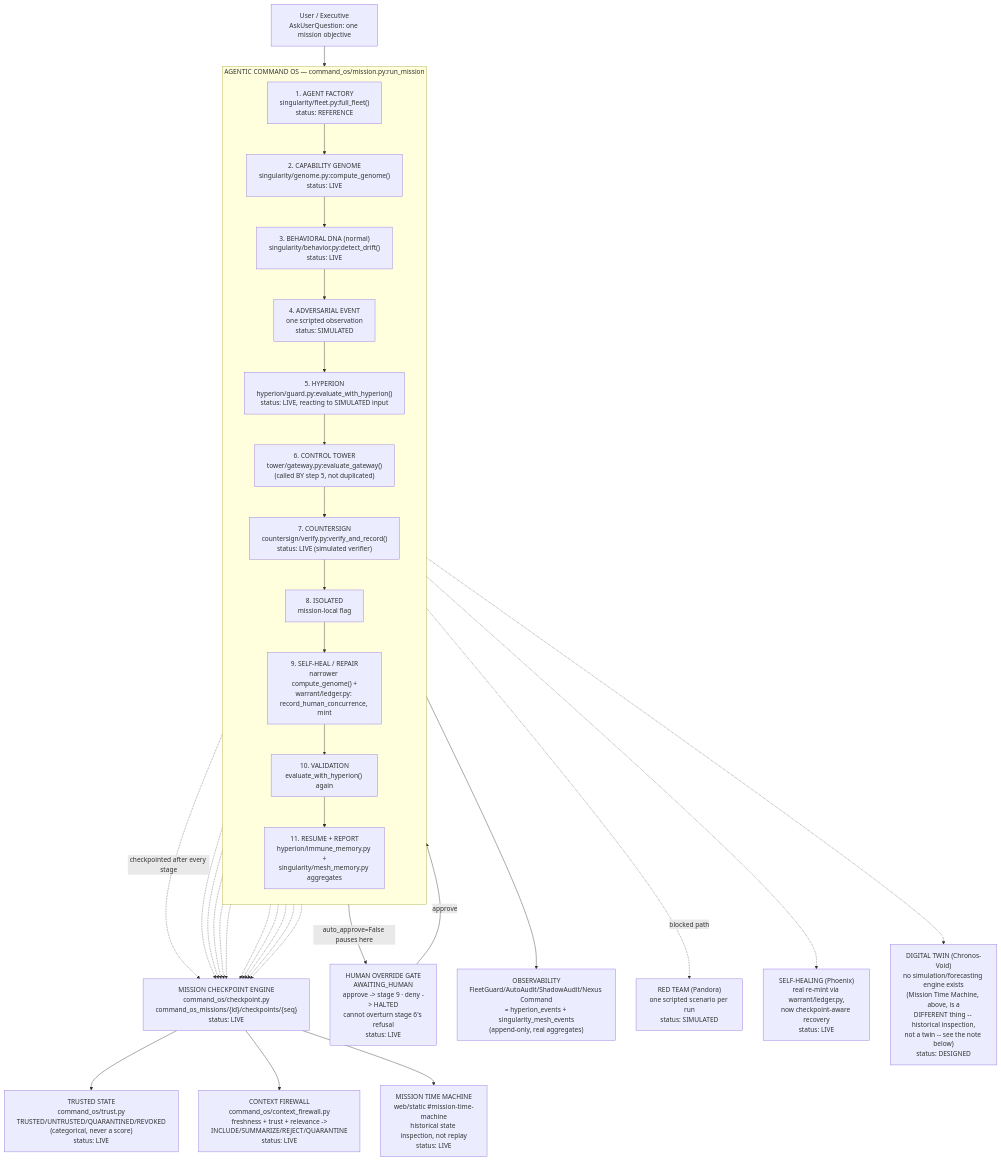
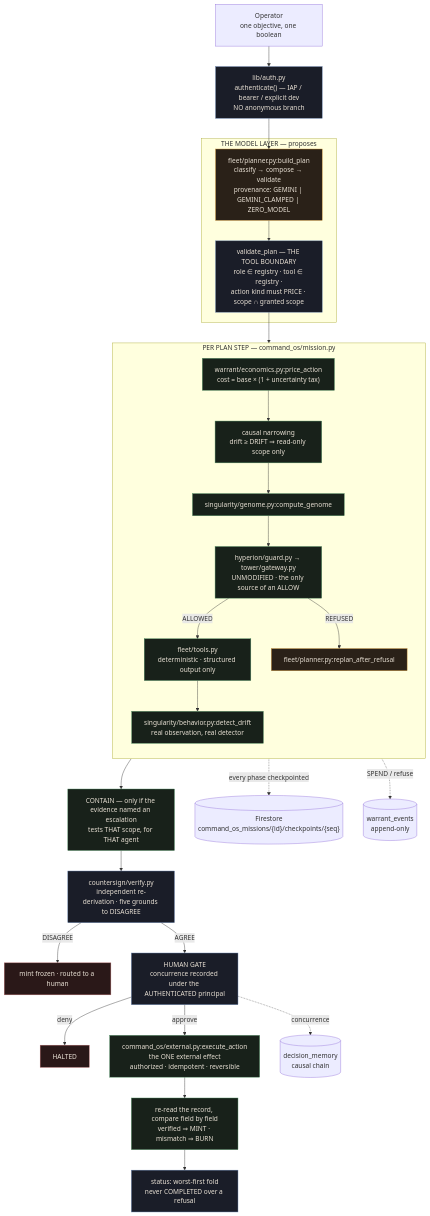
The diagram in docs/architecture.md (akashbichukale111/unwind), drawn with Mermaid before and after one commit. The commit also changed other lines of this file, not shown here.

First line of the commit message:
docs(architecture): diagram and component table match the rewritten system

````diff
--- a/docs/architecture.md
+++ b/docs/architecture.md
@@ -15,46 +15,45 @@
 ```mermaid
 flowchart TD
-    U["User / Executive\nAskUserQuestion: one mission objective"] --> COS
+    U["Operator\none objective, one boolean"] --> AUTH
 
-    subgraph COS["AGENTIC COMMAND OS — command_os/mission.py:run_mission"]
-        direction TB
-        S1["1. AGENT FACTORY\nsingularity/fleet.py:full_fleet()\nstatus: REFERENCE"]
-        S2["2. CAPABILITY GENOME\nsingularity/genome.py:compute_genome()\nstatus: LIVE"]
-        S3["3. BEHAVIORAL DNA (normal)\nsingularity/behavior.py:detect_drift()\nstatus: LIVE"]
-        S4["4. ADVERSARIAL EVENT\none scripted observation\nstatus: SIMULATED"]
-        S5["5. HYPERION\nhyperion/guard.py:evaluate_with_hyperion()\nstatus: LIVE, reacting to SIMULATED input"]
-        S6["6. CONTROL TOWER\ntower/gateway.py:evaluate_gateway()\n(called BY step 5, not duplicated)"]
-        S7["7. COUNTERSIGN\ncountersign/verify.py:verify_and_record()\nstatus: LIVE (simulated verifier)"]
-        S8["8. ISOLATED\nmission-local flag"]
-        S9["9. SELF-HEAL / REPAIR\nnarrower compute_genome() +\nwarrant/ledger.py: record_human_concurrence, mint"]
-        S10["10. VALIDATION\nevaluate_with_hyperion() again"]
-        S11["11. RESUME + REPORT\nhyperion/immune_memory.py +\nsingularity/mesh_memory.py aggregates"]
-        S1-->S2-->S3-->S4-->S5-->S6-->S7-->S8-->S9-->S10-->S11
+    AUTH["lib/auth.py\nauthenticate() — IAP / bearer / explicit dev\nNO anonymous branch"]:::gov --> PLAN
+
+    subgraph MODEL["THE MODEL LAYER — proposes"]
+        PLAN["fleet/planner.py:build_plan\nclassify → compose → validate\nprovenance: GEMINI | GEMINI_CLAMPED | ZERO_MODEL"]:::model
+        VAL["validate_plan — THE TOOL BOUNDARY\nrole ∈ registry · tool ∈ registry ·\naction kind must PRICE · scope ∩ granted scope"]:::gov
+        PLAN --> VAL
     end
 
-    S1 -.checkpointed after every stage.-> CKPT
-    S2 -.-> CKPT
-    S3 -.-> CKPT
-    S4 -.-> CKPT
-    S5 -.-> CKPT
-    S6 -.-> CKPT
-    S7 -.-> CKPT
-    S8 -.-> CKPT
-    S9 -.-> CKPT
-    S10 -.-> CKPT
-    S11 -.-> CKPT
-    CKPT["MISSION CHECKPOINT ENGINE\ncommand_os/checkpoint.py\ncommand_os_missions/{id}/checkpoints/{seq}\nstatus: LIVE"]
+    VAL --> LOOP
 
-    S8 -->|auto_approve=False pauses here| GATE["HUMAN OVERRIDE GATE\nAWAITING_HUMAN\napprove -> stage 9 · deny -> HALTED\ncannot overturn stage 6's refusal\nstatus: LIVE"]
-    GATE -->|approve| S9
+    subgraph LOOP["PER PLAN STEP — command_os/mission.py"]
+        direction TB
+        PRICE["warrant/economics.py:price_action\ncost = base × (1 + uncertainty tax)"]:::det
+        NARROW["causal narrowing\ndrift ≥ DRIFT ⇒ read-only scope only"]:::det
+        GENOME["singularity/genome.py:compute_genome"]:::det
+        GATE["hyperion/guard.py → tower/gateway.py\nUNMODIFIED · the only source of an ALLOW"]:::det
+        TOOL["fleet/tools.py\ndeterministic · structured output only"]:::det
+        OBSERVE["singularity/behavior.py:detect_drift\nreal observation, real detector"]:::det
+        PRICE --> NARROW --> GENOME --> GATE
+        GATE -->|ALLOWED| TOOL --> OBSERVE
+        GATE -->|REFUSED| REPLAN["fleet/planner.py:replan_after_refusal"]:::model
+    end
 
-    CKPT --> TRUST["TRUSTED STATE\ncommand_os/trust.py\nTRUSTED/UNTRUSTED/QUARANTINED/REVOKED\n(categorical, never a score)\nstatus: LIVE"]
-    CKPT --> FW["CONTEXT FIREWALL\ncommand_os/context_firewall.py\nfreshness + trust + relevance ->\nINCLUDE/SUMMARIZE/REJECT/QUARANTINE\nstatus: LIVE"]
-    CKPT --> TM["MISSION TIME MACHINE\nweb/static #mission-time-machine\nhistorical state inspection, not replay\nstatus: LIVE"]
+    LOOP --> CONTAIN["CONTAIN — only if the evidence named an escalation\ntests THAT scope, for THAT agent"]:::det
+    CONTAIN --> CHAL["countersign/verify.py\nindependent re-derivation · five grounds to DISAGREE"]:::gov
+    CHAL -->|DISAGREE| FROZEN["mint frozen · routed to a human"]:::stop
+    CHAL -->|AGREE| HUMAN["HUMAN GATE\nconcurrence recorded under the AUTHENTICATED principal"]:::gov
+    HUMAN -->|deny| STOP["HALTED"]:::stop
+    HUMAN -->|approve| EXEC["command_os/external.py:execute_action\nthe ONE external effect\nauthorized · idempotent · reversible"]:::det
+    EXEC --> VERIFY["re-read the record, compare field by field\nverified ⇒ MINT · mismatch ⇒ BURN"]:::det
+    VERIFY --> REPORT["status: worst-first fold\nnever COMPLETED over a refusal"]:::gov
 
-    COS --> OBS["OBSERVABILITY\nFleetGuard/AutoAudit/ShadowAudit/Nexus Command\n= hyperion_events + singularity_mesh_events\n(append-only, real aggregates)"]
+    LOOP -.every phase checkpointed.-> CKPT[("Firestore\ncommand_os_missions/{id}/checkpoints/{seq}")]
+    GATE -.SPEND / refuse.-> LEDGER[("warrant_events\nappend-only")]
+    HUMAN -.concurrence.-> MEM[("decision_memory\ncausal chain")]
 
-    S6 -.blocked path.-> RT["RED TEAM (Pandora)\none scripted scenario per run\nstatus: SIMULATED"]
-    S9 -.-> SH["SELF-HEALING (Phoenix)\nreal re-mint via warrant/ledger.py,\nnow checkpoint-aware recovery\nstatus: LIVE"]
-    S1 -.-> DT["DIGITAL TWIN (Chronos-Void)\nno simulation/forecasting engine exists\n(Mission Time Machine, above, is a\nDIFFERENT thing -- historical inspection,\nnot a twin -- see the note below)\nstatus: DESIGNED"]
+    classDef model fill:#2a2118,stroke:#c88a2e,color:#e8e0d4
+    classDef det fill:#18211a,stroke:#4a8a5e,color:#e8e0d4
+    classDef gov fill:#1a1d28,stroke:#5e7aa8,color:#e8e0d4
+    classDef stop fill:#2a1818,stroke:#a85e5e,color:#e8e0d4
 ```
````
